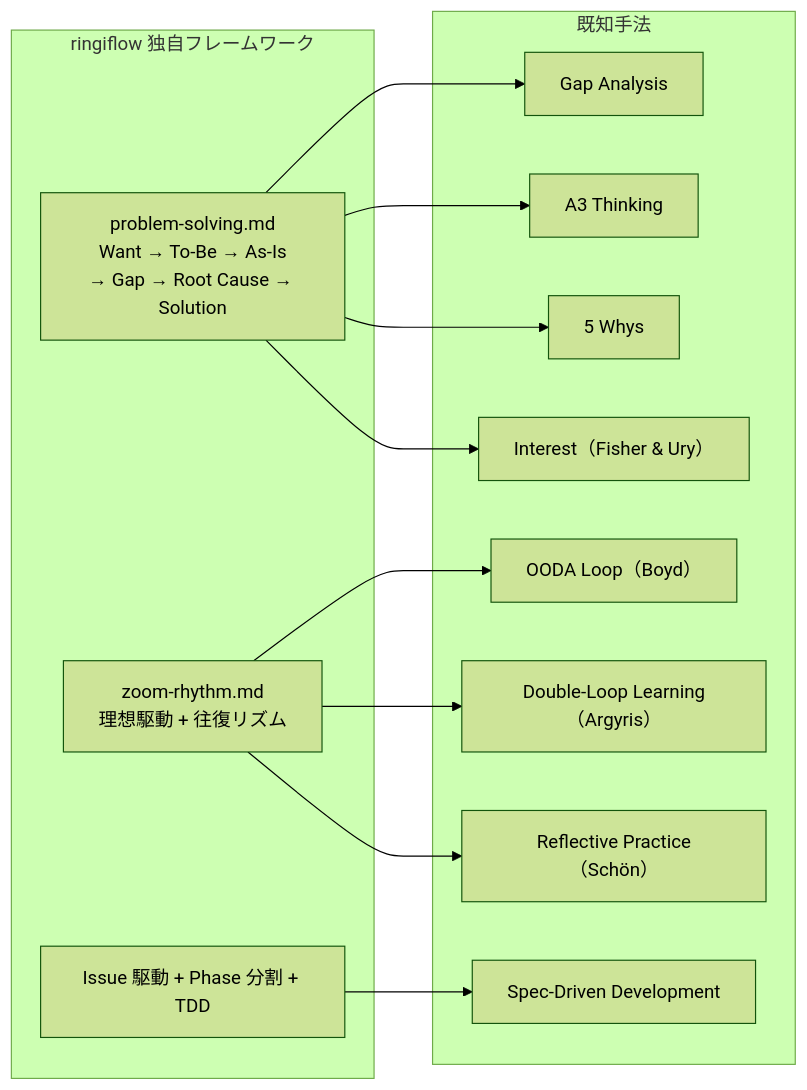
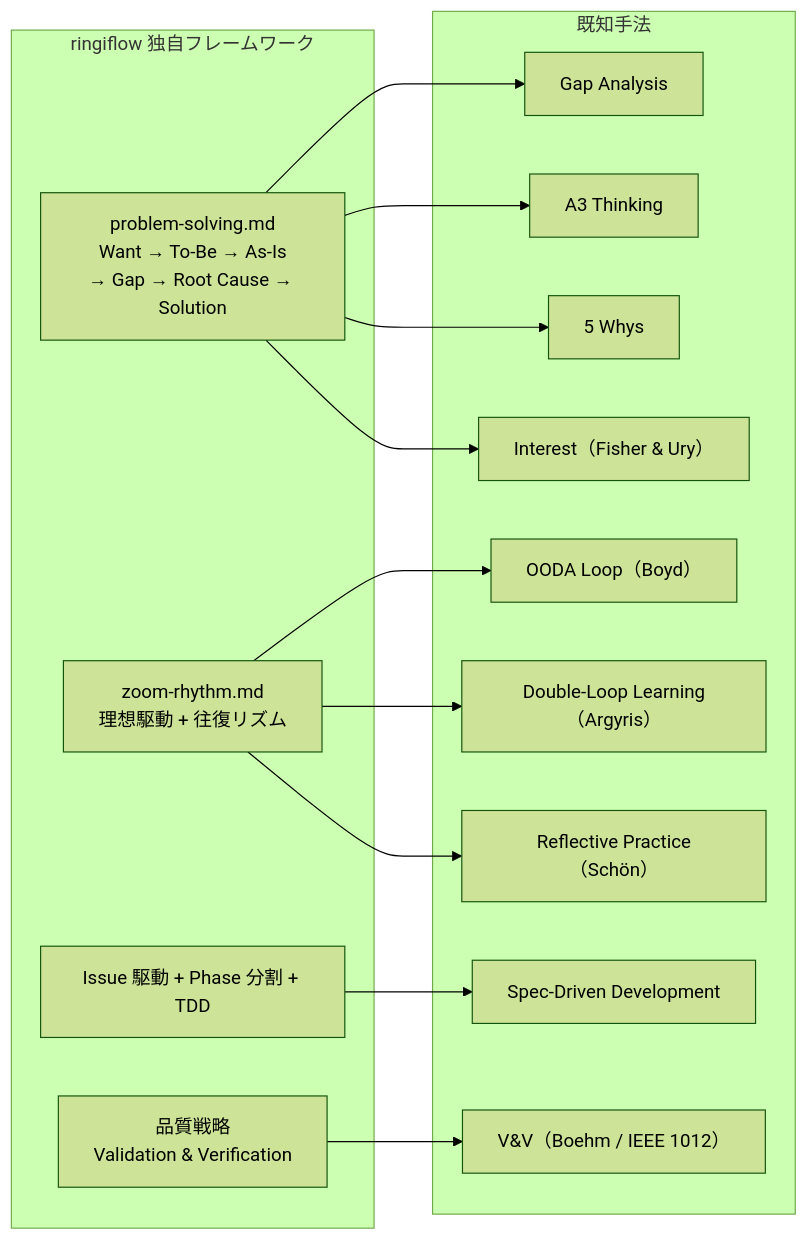
One commit to ka2kama/ringiflow changed the diagram in docs/06_ナレッジベース/methodology/独自フレームワークと既知手法の対応.md. Above: the diagram before and after it, drawn with Mermaid (forest theme). The commit also changed other lines of this file and 4 other files, not shown here.

````diff
--- a/docs/06_ナレッジベース/methodology/独自フレームワークと既知手法の対応.md
+++ b/docs/06_ナレッジベース/methodology/独自フレームワークと既知手法の対応.md
@@ -11,28 +11,31 @@
 ```mermaid
 flowchart LR
     subgraph ringiflow["ringiflow 独自フレームワーク"]
         PS["problem-solving.md<br/>Want → To-Be → As-Is<br/>→ Gap → Root Cause → Solution"]
         ZR["zoom-rhythm.md<br/>理想駆動 + 往復リズム"]
         ID["Issue 駆動 + Phase 分割 + TDD"]
+        QS["品質戦略<br/>Validation & Verification"]
     end
 
     subgraph known["既知手法"]
         GA["Gap Analysis"]
         A3["A3 Thinking"]
         FW["5 Whys"]
         INT["Interest（Fisher & Ury）"]
         OODA["OODA Loop（Boyd）"]
         DL["Double-Loop Learning（Argyris）"]
         RP["Reflective Practice（Schön）"]
         SDD["Spec-Driven Development"]
+        VV["V&V（Boehm / IEEE 1012）"]
     end
 
     PS --> GA
     PS --> A3
     PS --> FW
     PS --> INT
     ZR --> OODA
     ZR --> DL
     ZR --> RP
     ID --> SDD
+    QS --> VV
 ```
````
